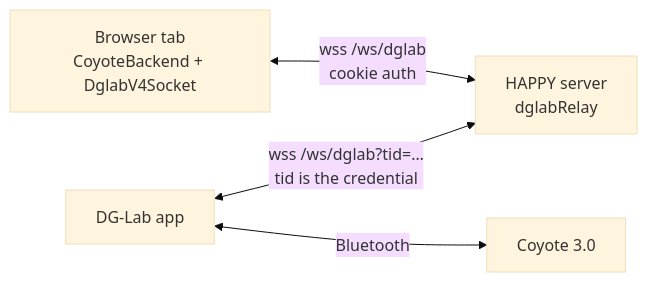
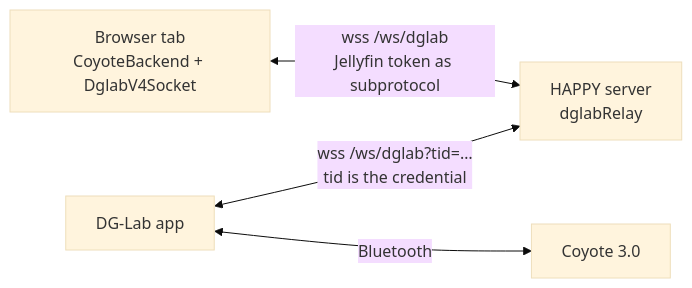
Before and after one commit to lumbar-spine-support/docker-haptic-player: the first of 3 diagrams in docs/developer/use-cases/coyote-pairing.md, drawn with Mermaid (base theme). The commit also changed other lines of this file and 10 other files, not shown here.

````diff
--- a/docs/developer/use-cases/coyote-pairing.md
+++ b/docs/developer/use-cases/coyote-pairing.md
@@ -9,6 +9,6 @@
 ```mermaid
 flowchart LR
-  Browser["Browser tab<br/>CoyoteBackend + DglabV4Socket"] <-- "wss /ws/dglab<br/>cookie auth" --> Relay["HAPPY server<br/>dglabRelay"]
+  Browser["Browser tab<br/>CoyoteBackend + DglabV4Socket"] <-- "wss /ws/dglab<br/>Jellyfin token as subprotocol" --> Relay["HAPPY server<br/>dglabRelay"]
   Phone["DG-Lab app"] <-- "wss /ws/dglab?tid=…<br/>tid is the credential" --> Relay
   Phone <-- Bluetooth --> Coyote["Coyote 3.0"]
 ```
````
